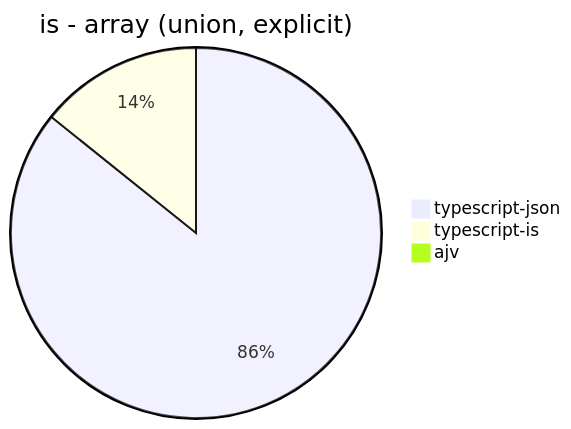
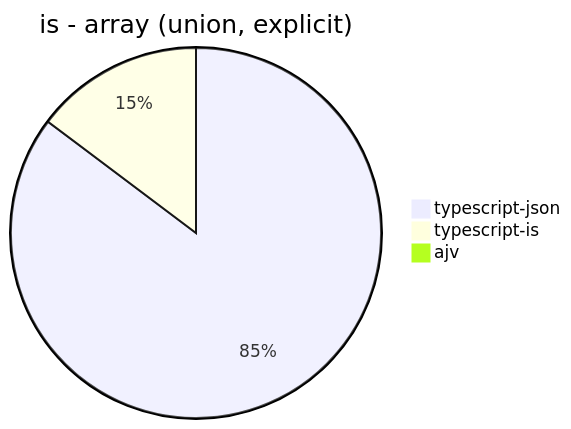
Diagram 12 of 30 in benchmark/results/Apple M1.md (samchon/typia), drawn with Mermaid before and after one commit. The commit also changed other lines of this file, not shown here.

````diff
--- a/benchmark/results/Apple M1.md
+++ b/benchmark/results/Apple M1.md
@@ -116,6 +117,6 @@
 ```mermaid
 pie title is - array (union, explicit)
-  "typescript-json": 7650.305612150398
-  "typescript-is": 1269.8587415153183
+  "typescript-json": 7473.48277747403
+  "typescript-is": 1292.184889548914
   "ajv": 0
 ```
````
